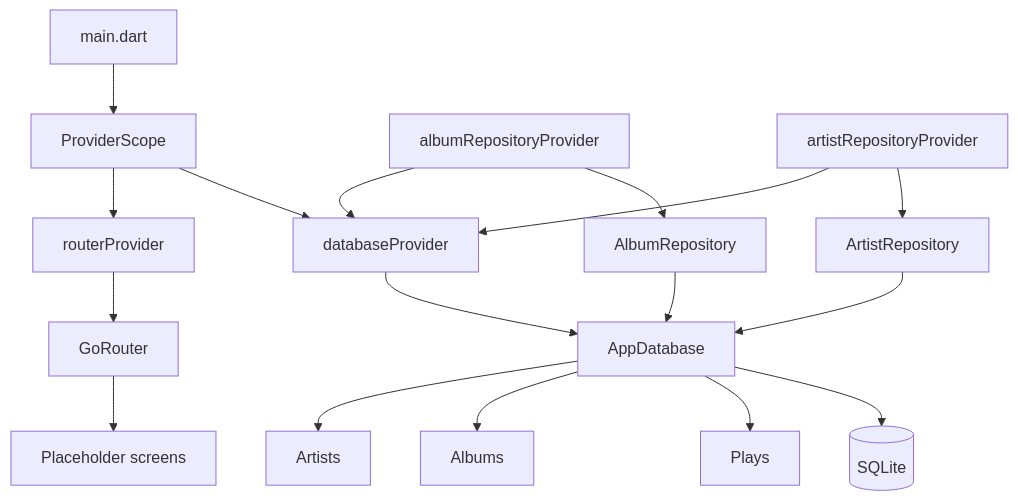
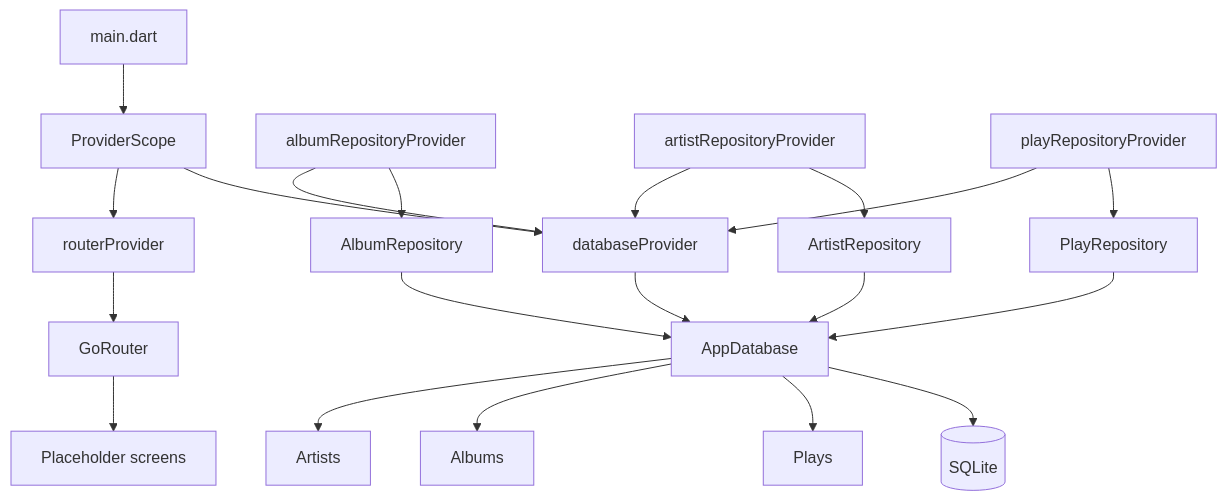
The first of 2 diagrams in README.md (hunter-goller/Groovefolio), drawn with Mermaid before and after one commit. The commit also changed other lines of this file and 14 other files, not shown here.

First line of the commit message:
VinylApp-015: PlayRepository (#23)

````diff
--- a/README.md
+++ b/README.md
@@ -97,35 +97,40 @@
 ```mermaid
 flowchart TD
     M[main.dart]
     PS[ProviderScope]
     RP[routerProvider]
     DP[databaseProvider]
     ARP[albumRepositoryProvider]
     AIP[artistRepositoryProvider]
+    PRP[playRepositoryProvider]
     GR[GoRouter]
     Screens[Placeholder screens]
     AR[AlbumRepository]
     AIR[ArtistRepository]
+    PR[PlayRepository]
     DB[AppDatabase]
     Artists[Artists]
     Albums[Albums]
     Plays[Plays]
     SQLite[(SQLite)]
 
     M --> PS
     PS --> RP
     PS --> DP
     RP --> GR
     GR --> Screens
     ARP --> DP
     ARP --> AR
     AIP --> DP
     AIP --> AIR
+    PRP --> DP
+    PRP --> PR
     AR --> DB
     AIR --> DB
+    PR --> DB
     DP --> DB
     DB --> Artists
     DB --> Albums
     DB --> Plays
     DB --> SQLite
 ```
````
